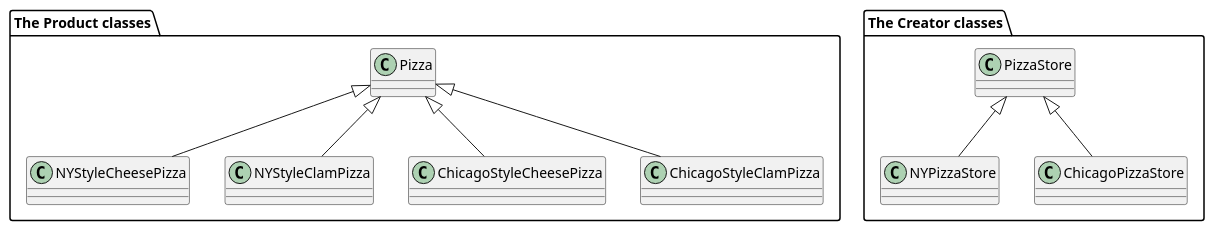
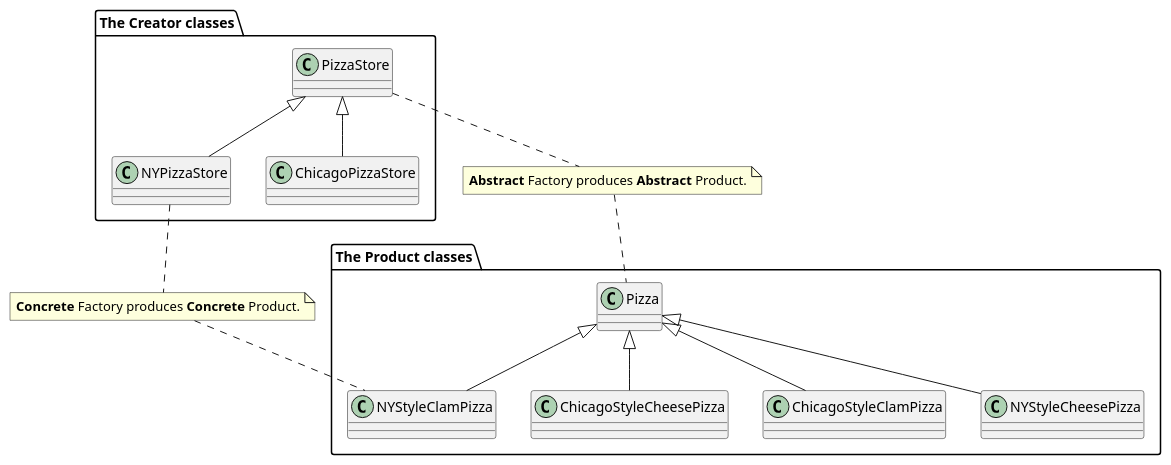
The diagram in src/main/java/org/hfeng/misc/hfdp/ch4/factory/method/factory-method.puml (harrifeng/java-in-action), drawn with PlantUML before and after one commit.

Commit message:
new show

```diff
--- a/src/main/java/org/hfeng/misc/hfdp/ch4/factory/method/factory-method.puml
+++ b/src/main/java/org/hfeng/misc/hfdp/ch4/factory/method/factory-method.puml
@@ -1,21 +1,29 @@
 @startuml
+
+package "The Creator classes" {
+  class PizzaStore
+
+  class NYPizzaStore extends PizzaStore
+  class ChicagoPizzaStore extends PizzaStore
+}
+
 package "The Product classes" {
   class Pizza
 
   class NYStyleCheesePizza extends Pizza
   class NYStyleClamPizza extends Pizza
 
   class ChicagoStyleCheesePizza extends Pizza
   class ChicagoStyleClamPizza extends Pizza
 
 }
 
-package "The Creator classes" {
-  class PizzaStore
 
-  class NYPizzaStore extends PizzaStore
-  class ChicagoPizzaStore extends PizzaStore
-}
+note "<b>Abstract</b> Factory produces <b>Abstract</b> Product." as N1
+PizzaStore .. N1
+N1 .. Pizza
 
-
+note "<b>Concrete</b> Factory produces <b>Concrete</b> Product." as N2
+NYPizzaStore .. N2
+N2 .. NYStyleClamPizza
 @enduml
```
